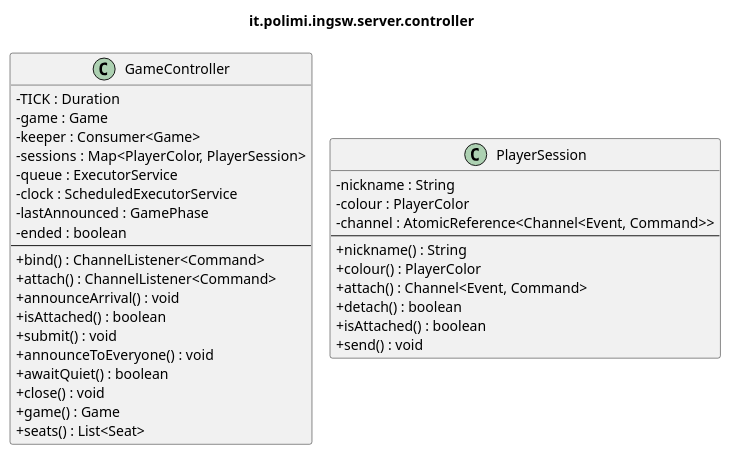
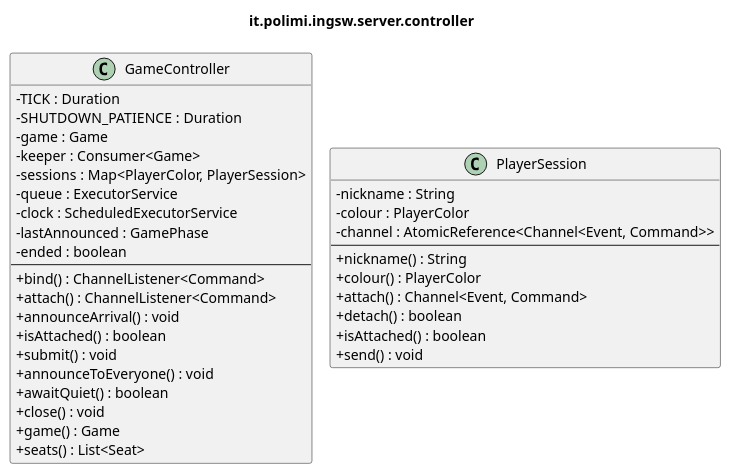
One commit to samuelesegrini/ing-sw-2025-segrini-terribile-varricchio-zanca changed the diagram in docs/uml/detailed/server-controller.puml. Above: the diagram before and after it, drawn with PlantUML. The commit also changed 2 other files, not shown here.

```diff
--- a/docs/uml/detailed/server-controller.puml
+++ b/docs/uml/detailed/server-controller.puml
@@ -1,42 +1,43 @@
 @startuml it_polimi_ingsw_server_controller
 ' Generated by tools/uml/generate-detailed.py. Do not edit by hand.
 !pragma layout smetana
 skinparam shadowing false
 skinparam classAttributeIconSize 0
 title it.polimi.ingsw.server.controller
 
 class GameController {
   -TICK : Duration
+  -SHUTDOWN_PATIENCE : Duration
   -game : Game
   -keeper : Consumer<Game>
   -sessions : Map<PlayerColor, PlayerSession>
   -queue : ExecutorService
   -clock : ScheduledExecutorService
   -lastAnnounced : GamePhase
   -ended : boolean
   --
   +bind() : ChannelListener<Command>
   +attach() : ChannelListener<Command>
   +announceArrival() : void
   +isAttached() : boolean
   +submit() : void
   +announceToEveryone() : void
   +awaitQuiet() : boolean
   +close() : void
   +game() : Game
   +seats() : List<Seat>
 }
 class PlayerSession {
   -nickname : String
   -colour : PlayerColor
   -channel : AtomicReference<Channel<Event, Command>>
   --
   +nickname() : String
   +colour() : PlayerColor
   +attach() : Channel<Event, Command>
   +detach() : boolean
   +isAttached() : boolean
   +send() : void
 }
 
 @enduml
```
